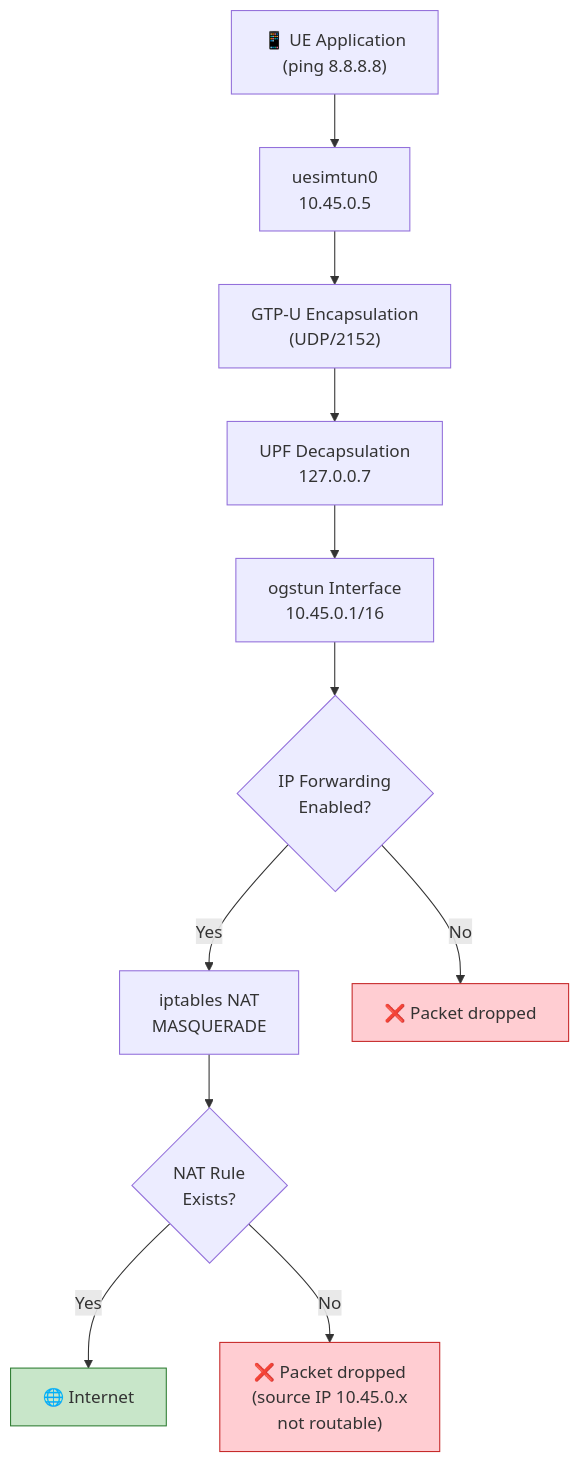
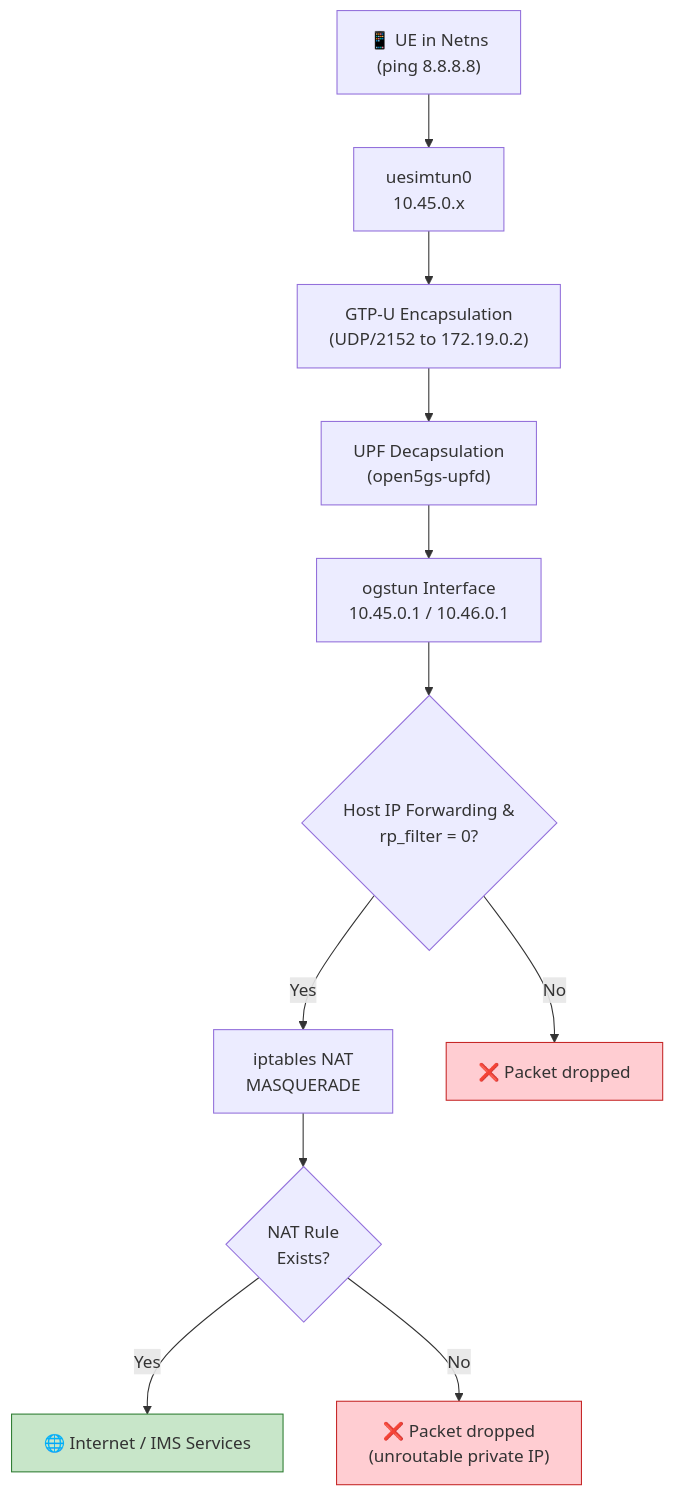
The third of 3 diagrams in docs/engineering-notes/debugging-pdu-session.md (khattabpi/Open-Telecom-Lab), drawn with Mermaid before and after one commit. The commit also changed other lines of this file and 55 other files, not shown here.

````diff
--- a/docs/engineering-notes/debugging-pdu-session.md
+++ b/docs/engineering-notes/debugging-pdu-session.md
@@ -150,17 +130,17 @@
 ```mermaid
 graph TD
-    A["📱 UE Application<br/>(ping 8.8.8.8)"] --> B["uesimtun0<br/>10.45.0.5"]
-    B --> C["GTP-U Encapsulation<br/>(UDP/2152)"]
-    C --> D["UPF Decapsulation<br/>127.0.0.7"]
-    D --> E["ogstun Interface<br/>10.45.0.1/16"]
-    E --> F{"IP Forwarding<br/>Enabled?"}
+    A["📱 UE in Netns<br/>(ping 8.8.8.8)"] --> B["uesimtun0<br/>10.45.0.x"]
+    B --> C["GTP-U Encapsulation<br/>(UDP/2152 to 172.19.0.2)"]
+    C --> D["UPF Decapsulation<br/>(open5gs-upfd)"]
+    D --> E["ogstun Interface<br/>10.45.0.1 / 10.46.0.1"]
+    E --> F{"Host IP Forwarding &<br/>rp_filter = 0?"}
     F -->|Yes| G["iptables NAT<br/>MASQUERADE"]
     F -->|No| X1["❌ Packet dropped"]
     G --> H{"NAT Rule<br/>Exists?"}
-    H -->|Yes| I["🌐 Internet"]
-    H -->|No| X2["❌ Packet dropped<br/>(source IP 10.45.0.x<br/>not routable)"]
+    H -->|Yes| I["🌐 Internet / IMS Services"]
+    H -->|No| X2["❌ Packet dropped<br/>(unroutable private IP)"]
 
     style X1 fill:#FFCDD2,stroke:#C62828
     style X2 fill:#FFCDD2,stroke:#C62828
     style I fill:#C8E6C9,stroke:#2E7D32
 ```
````
